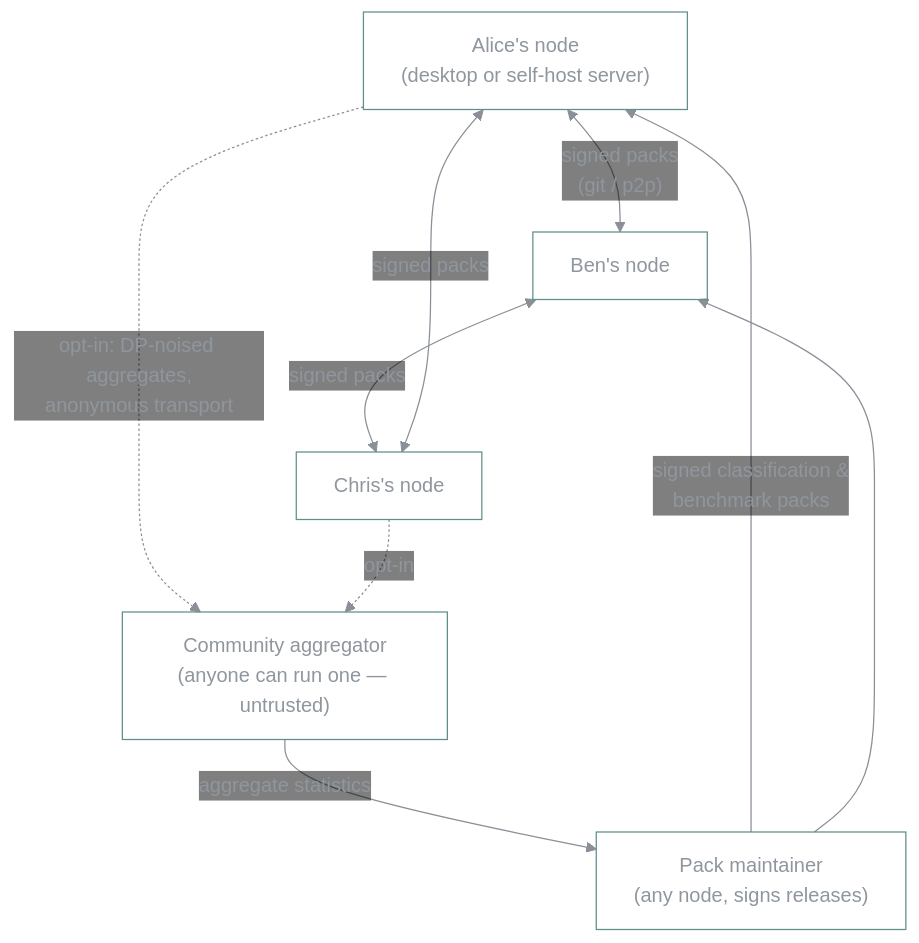
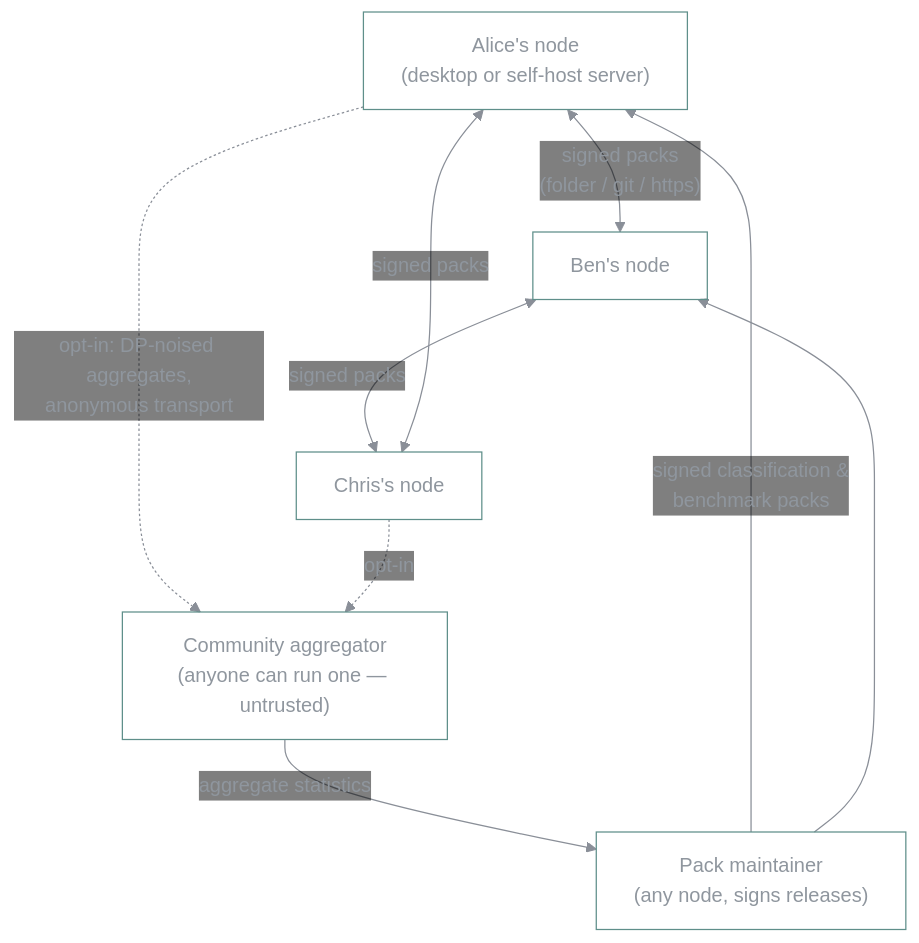
One commit to vul-os/slipscan changed the second of 2 diagrams in README.md. Above: the diagram before and after it, drawn with Mermaid. The commit also changed other lines of this file and 51 other files, not shown here.

````diff
--- a/README.md
+++ b/README.md
@@ -192,17 +205,17 @@
 ```mermaid
 %%{init: {'theme':'base','themeVariables':{'fontFamily':'ui-monospace, SFMono-Regular, Menlo, monospace','primaryColor':'transparent','primaryBorderColor':'#14b8a6','primaryTextColor':'#8f969e','lineColor':'#8a8f98','nodeBorder':'#5f8f8a','edgeLabelBackground':'transparent','clusterBorder':'#3f8f86','clusterBkg':'transparent'}}}%%
 flowchart TB
     a["Alice's node<br/>(desktop or self-host server)"]
     b["Ben's node"]
     c["Chris's node"]
     m["Pack maintainer<br/>(any node, signs releases)"]
     agg["Community aggregator<br/>(anyone can run one — untrusted)"]
-    a <-->|"signed packs<br/>(git / p2p)"| b
+    a <-->|"signed packs<br/>(folder / git / https)"| b
     b <-->|"signed packs"| c
     a <-->|"signed packs"| c
     m -->|"signed classification &amp;<br/>benchmark packs"| a
     m --> b
     a -.->|"opt-in: DP-noised aggregates,<br/>anonymous transport"| agg
     c -.->|"opt-in"| agg
     agg -->|"aggregate statistics"| m
 ```
````
